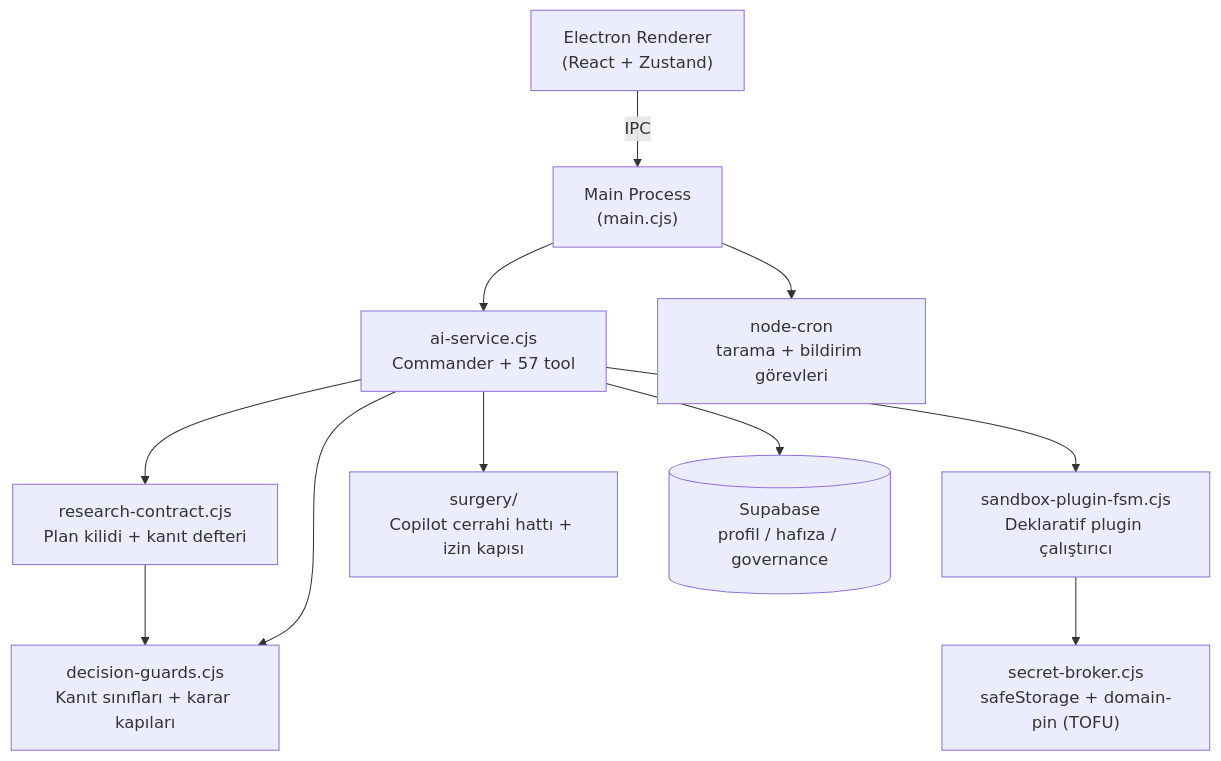
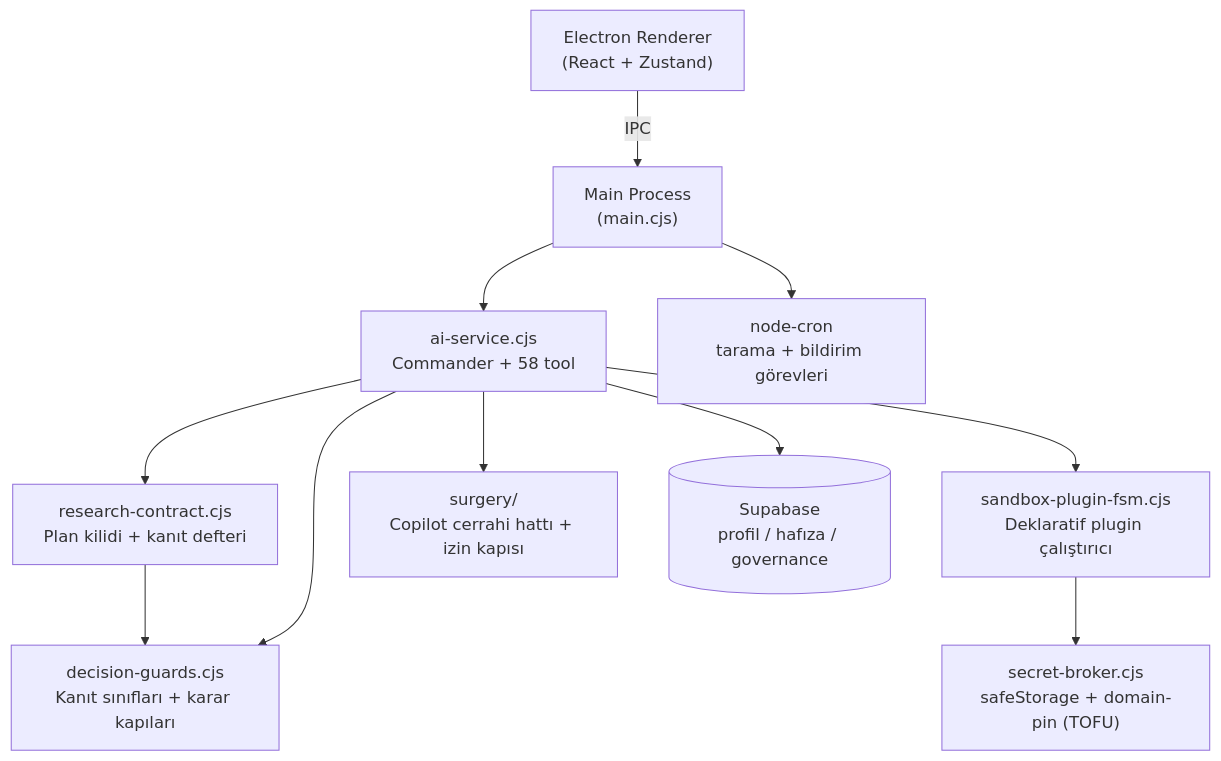
The diagram in README.md (emrahbadas/CAKAL), drawn with Mermaid before and after one commit. The commit also changed other lines of this file, not shown here.

````diff
--- a/README.md
+++ b/README.md
@@ -106,13 +106,13 @@
 ```mermaid
 flowchart TD
     UI["Electron Renderer<br/>(React + Zustand)"] -->|IPC| MAIN["Main Process<br/>(main.cjs)"]
-    MAIN --> AI["ai-service.cjs<br/>Commander + 57 tool"]
+    MAIN --> AI["ai-service.cjs<br/>Commander + 58 tool"]
     AI --> RC["research-contract.cjs<br/>Plan kilidi + kanıt defteri"]
     RC --> GUARDS["decision-guards.cjs<br/>Kanıt sınıfları + karar kapıları"]
     AI --> GUARDS
     AI --> FSM["sandbox-plugin-fsm.cjs<br/>Deklaratif plugin çalıştırıcı"]
     FSM --> SB["secret-broker.cjs<br/>safeStorage + domain-pin (TOFU)"]
     AI --> SURG["surgery/<br/>Copilot cerrahi hattı + izin kapısı"]
     AI --> SUPA[("Supabase<br/>profil / hafıza / governance")]
     MAIN --> CRON["node-cron<br/>tarama + bildirim görevleri"]
 ```
````
